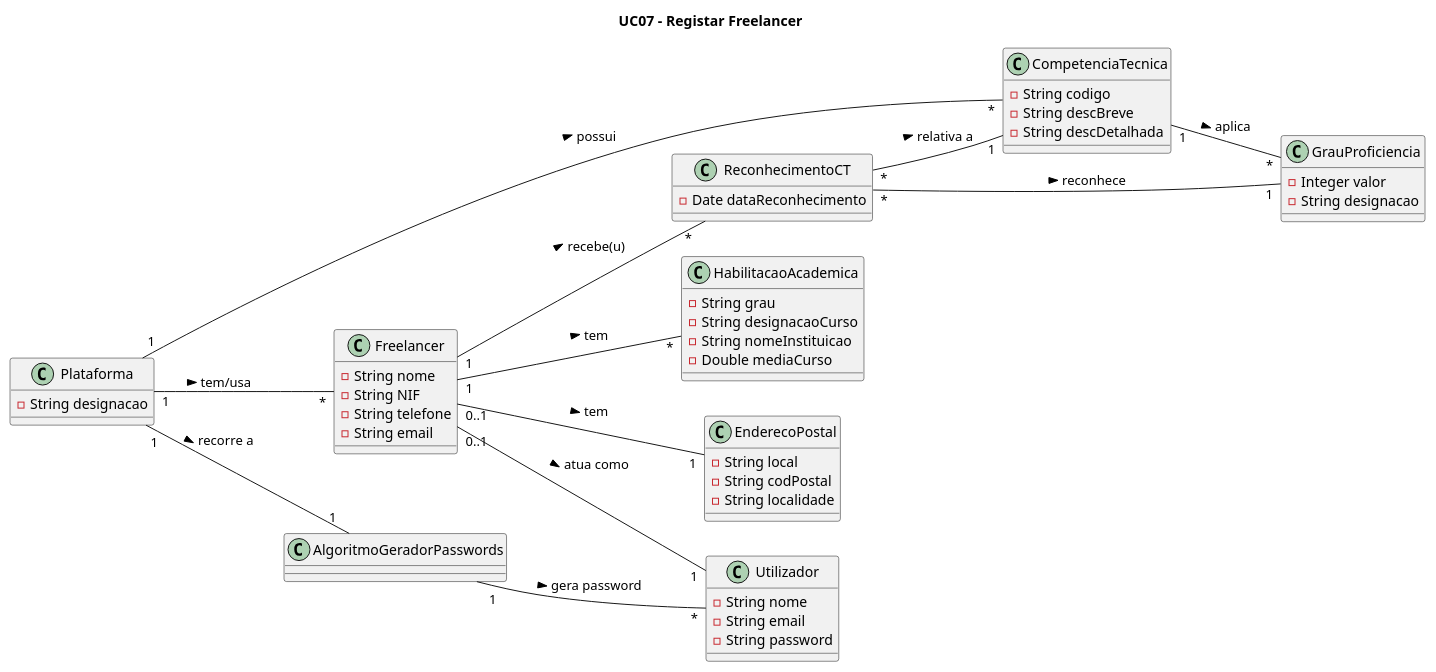
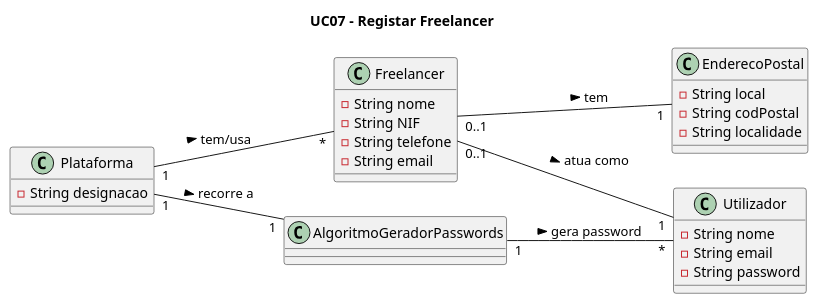
The diagram in Documentação/Sprint 3/UC07_Registar_Freelancer/UC07_Registar_Freelancer_Excerto_Modelo_Dominio.puml (blestonbandeiraUPSKILL/upskill_java1_labprg_grupo2), drawn with PlantUML before and after one commit. The commit also changed 19 other files, not shown here.

```diff
--- a/Documentação/Sprint 3/UC07_Registar_Freelancer/UC07_Registar_Freelancer_Excerto_Modelo_Dominio.puml
+++ b/Documentação/Sprint 3/UC07_Registar_Freelancer/UC07_Registar_Freelancer_Excerto_Modelo_Dominio.puml
@@ -1,69 +1,40 @@
 @startuml
 
 left to right direction
 
 title UC07 - Registar Freelancer
 
 class Plataforma {
   -String designacao
 }
 
 class Freelancer {
   -String nome
   -String NIF
   -String telefone
   -String email
 }
 
 class EnderecoPostal {
-    -String local
-    -String codPostal
-    -String localidade
-}
-
-class ReconhecimentoCT{
-    -Date dataReconhecimento
+  -String local
+  -String codPostal
+  -String localidade
 }
 
 class AlgoritmoGeradorPasswords {
 
-}
-
-class HabilitacaoAcademica{
--String grau
--String designacaoCurso
--String nomeInstituicao
--Double mediaCurso
-
-}
-
-class CompetenciaTecnica {
-  -String codigo
-  -String descBreve
-  -String descDetalhada
-}
-
-class GrauProficiencia {
-    -Integer valor
-    -String designacao
 }
 
 class Utilizador {
   -String nome
   -String email
   -String password
 }
 
-Plataforma "1" -- "*" CompetenciaTecnica : possui >
 Plataforma "1" -- "*" Freelancer : tem/usa >
 Plataforma "1" -- "1" AlgoritmoGeradorPasswords : recorre a >
 Freelancer "0..1" -- "1" EnderecoPostal : tem >
-Freelancer "1" -- "*" ReconhecimentoCT : recebe(u) >
-Freelancer "1" -- "*" HabilitacaoAcademica : tem >
 Freelancer "0..1" -- "1" Utilizador : atua como >
 AlgoritmoGeradorPasswords "1" -- "*" Utilizador : gera password >
-ReconhecimentoCT "*" -- "1" CompetenciaTecnica : relativa a >
-ReconhecimentoCT "*" -- "1" GrauProficiencia : reconhece >
-CompetenciaTecnica "1" -- "*" GrauProficiencia : aplica >
 
 @enduml
```
